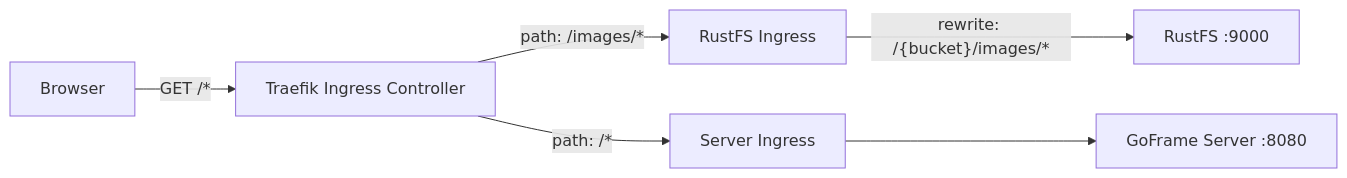
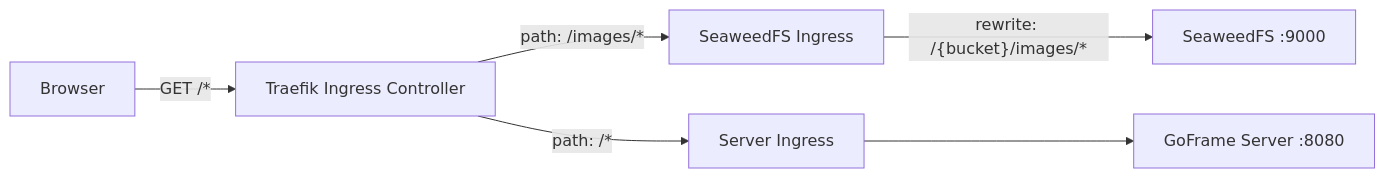
Before and after one commit to jo-hoe/goframe: the fourth of 6 diagrams in docs/architecture.md, drawn with Mermaid. The commit also changed other lines of this file and 37 other files, not shown here.

First line of the commit message:
feat: migrate storage backend from RustFS to SeaweedFS

````diff
--- a/docs/architecture.md
+++ b/docs/architecture.md
@@ -107,10 +107,10 @@
 ```mermaid
 graph LR
     Browser -->|"GET /*"| Traefik[Traefik Ingress Controller]
 
-    Traefik -->|"path: /images/*"| RustFS_Ingress[RustFS Ingress]
+    Traefik -->|"path: /images/*"| SeaweedFS_Ingress[SeaweedFS Ingress]
     Traefik -->|"path: /*"| Server_Ingress[Server Ingress]
 
-    RustFS_Ingress -->|"rewrite: /{bucket}/images/*"| RustFS[RustFS :9000]
+    SeaweedFS_Ingress -->|"rewrite: /{bucket}/images/*"| SeaweedFS[SeaweedFS :9000]
     Server_Ingress --> Server[GoFrame Server :8080]
 ```
````
